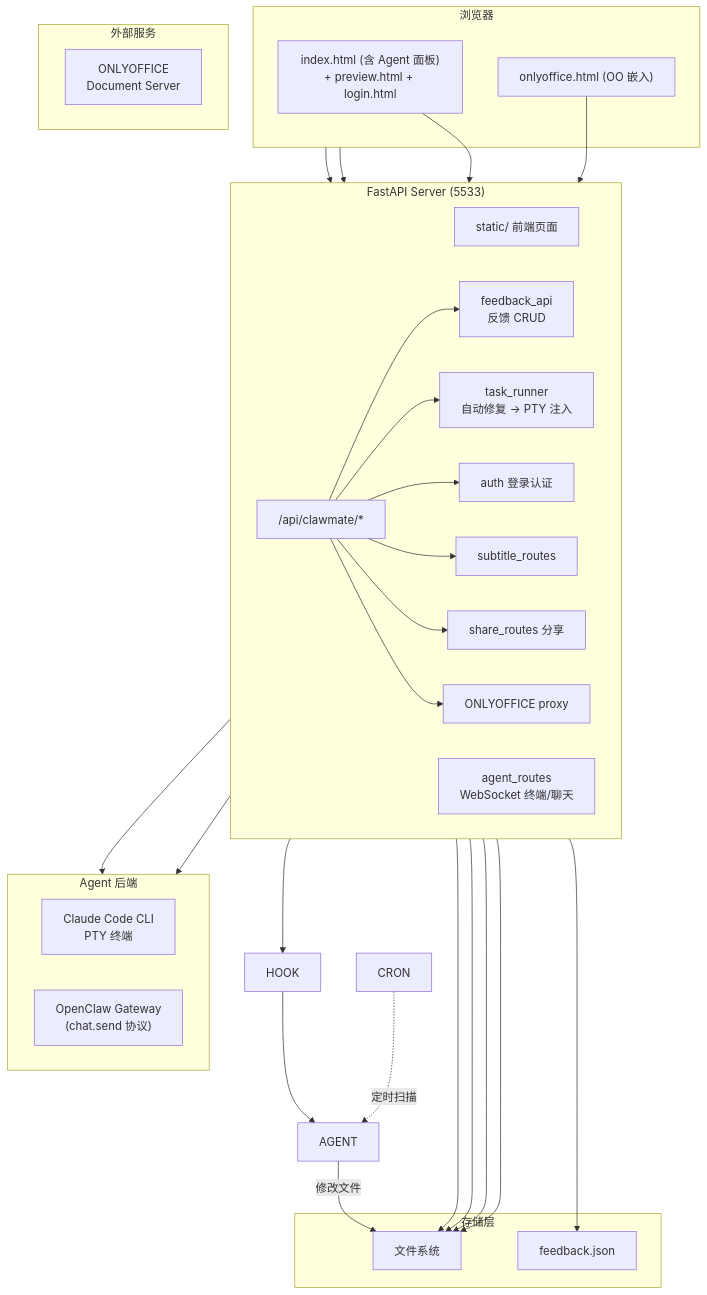
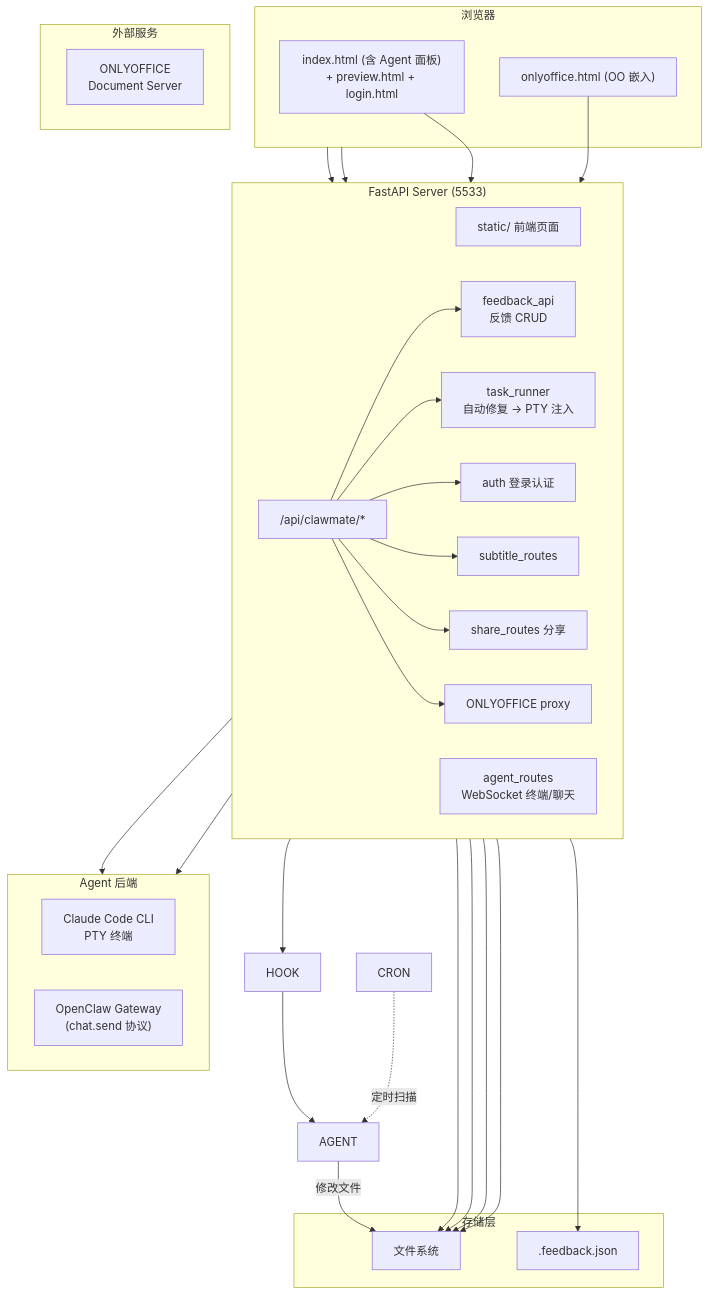
The third of 3 diagrams in README.md (updatedb/clawmate), drawn with Mermaid before and after one commit. The commit also changed other lines of this file and 14 other files, not shown here.

````diff
--- a/README.md
+++ b/README.md
@@ -249,67 +249,67 @@
 ```mermaid
 flowchart TB
     subgraph Browser["浏览器"]
         UI["index.html (含 Agent 面板)
 + preview.html + login.html"]
         OO["onlyoffice.html (OO 嵌入)"]
     end
 
     subgraph Server["FastAPI Server (5533)"]
         direction LR
         STATIC["static/ 前端页面"]
         API["/api/clawmate/*"]
         AGENT_WS["agent_routes
 WebSocket 终端/聊天"]
         FEEDBACK["feedback_api
 反馈 CRUD"]
         TASK["task_runner
 自动修复 → PTY 注入"]
         AUTH["auth 登录认证"]
         SUB["subtitle_routes"]
         SHARE["share_routes 分享"]
         OOAPI["ONLYOFFICE proxy"]
     end
 
     subgraph Backend["Agent 后端"]
         direction LR
         CLAUDE["Claude Code CLI
 PTY 终端"]
         OC_GW["OpenClaw Gateway
 (chat.send 协议)"]
     end
 
     subgraph Storage["存储层"]
         FS["文件系统"]
-        FB_JSON["feedback.json"]
+        FB_JSON[".feedback.json"]
     end
 
     subgraph External["外部服务"]
         OODS["ONLYOFFICE
 Document Server"]
     end
 
     UI --> STATIC
     OO --> OOAPI
     Browser --> API
     Browser --> AGENT_WS
     AGENT_WS --> CLAUDE
     AGENT_WS --> OC_GW
 
     API --> FEEDBACK
     API --> TASK
     API --> AUTH
     API --> SUB
     API --> SHARE
     API --> OOAPI
 
     FEEDBACK --> FB_JSON
     TASK --> FS
     SUB --> FS
     SHARE --> FS
     API --> FS
 
     FEEDBACK --> HOOK
     HOOK --> AGENT
     AGENT -->|修改文件| FS
     CRON -.->|定时扫描| AGENT
 ```
````
